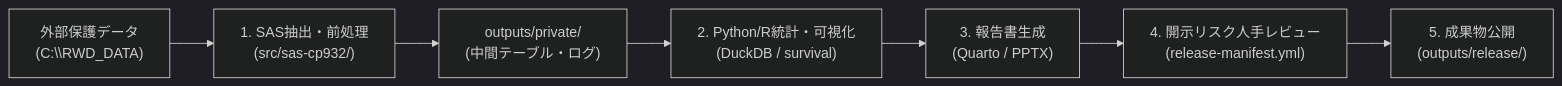
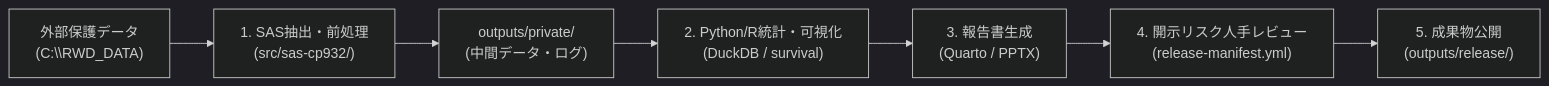
The second of 2 diagrams in docs/daily-operations.md (syrius2000/Windows-IDE-setting), drawn with Mermaid (dark theme) before and after one commit. The commit also changed other lines of this file and 7 other files, not shown here.

````diff
--- a/docs/daily-operations.md
+++ b/docs/daily-operations.md
@@ -9,9 +24,9 @@
 ```mermaid
 graph LR
     Data["外部保護データ<br>(C:\\RWD_DATA)"] --> SAS["1. SAS抽出・前処理<br>(src/sas-cp932/)"]
-    SAS --> OutPriv["outputs/private/<br>(中間テーブル・ログ)"]
+    SAS --> OutPriv["outputs/private/<br>(中間データ・ログ)"]
     OutPriv --> PyR["2. Python/R統計・可視化<br>(DuckDB / survival)"]
     PyR --> Rep["3. 報告書生成<br>(Quarto / PPTX)"]
     Rep --> Audit["4. 開示リスク人手レビュー<br>(release-manifest.yml)"]
     Audit --> Release["5. 成果物公開<br>(outputs/release/)"]
 ```
````
